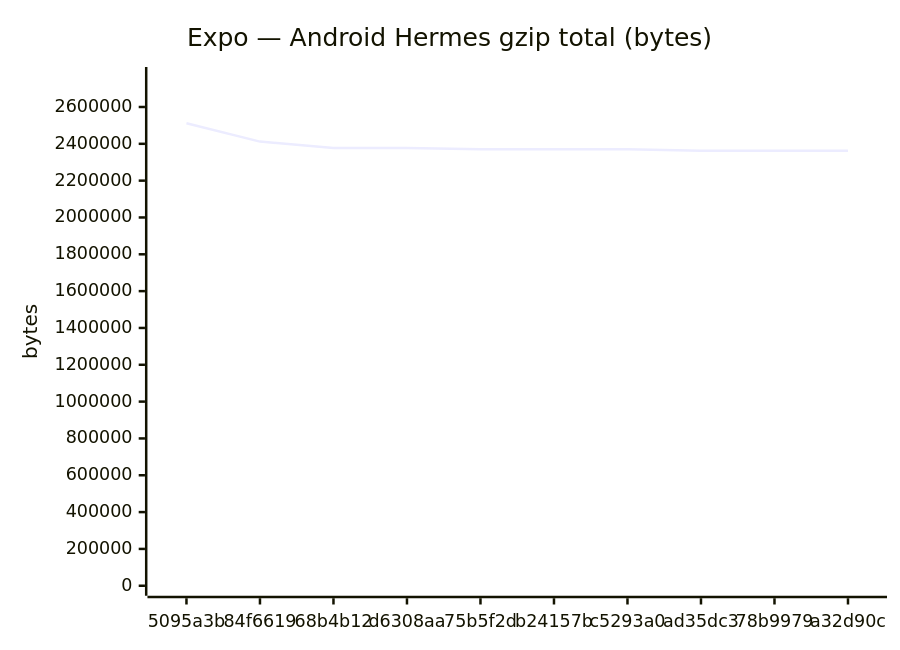
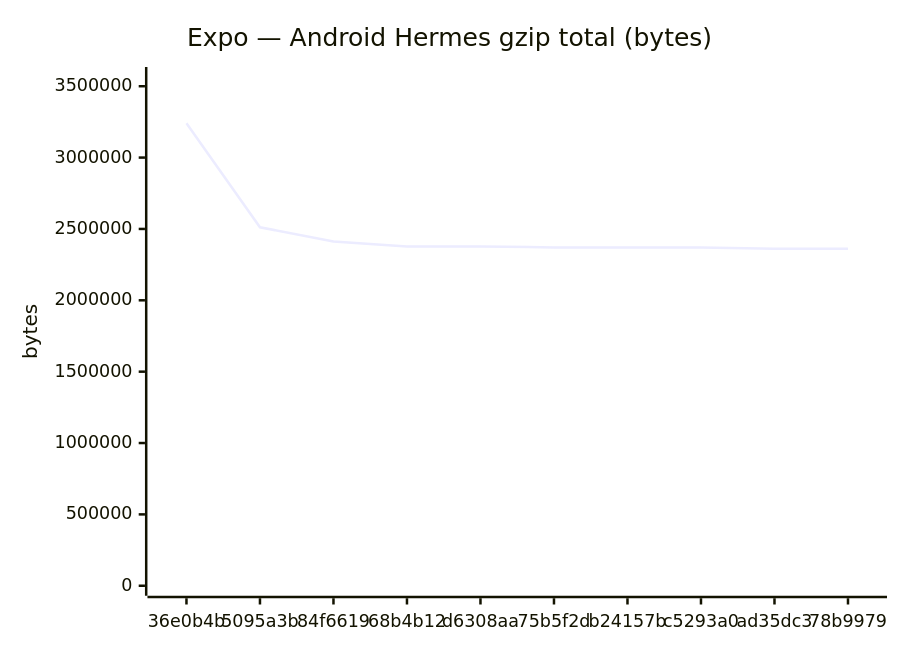
One commit to Metaheurist/Rianell changed the fifth of 18 diagrams in benchmarks/compare.md. Above: the diagram before and after it, drawn with Mermaid. The commit also changed other lines of this file and 11 other files, not shown here.

````diff
--- a/benchmarks/compare.md
+++ b/benchmarks/compare.md
@@ -89,7 +89,7 @@
 ```mermaid
 xychart-beta
     title "Expo — Android Hermes gzip total (bytes)"
-    x-axis ["5095a3b", "84f6619", "68b4b12", "d6308aa", "75b5f2d", "b24157b", "c5293a0", "ad35dc3", "78b9979", "a32d90c"]
-    y-axis "bytes" 0 --> 2762834
-    line [2511667, 2411913, 2377489, 2377488, 2370632, 2370632, 2370634, 2362082, 2362084, 2362047]
+    x-axis ["36e0b4b", "5095a3b", "84f6619", "68b4b12", "d6308aa", "75b5f2d", "b24157b", "c5293a0", "ad35dc3", "78b9979"]
+    y-axis "bytes" 0 --> 3564603
+    line [3240548, 2511667, 2411913, 2377489, 2377488, 2370632, 2370632, 2370634, 2362082, 2362084]
 ```
````
